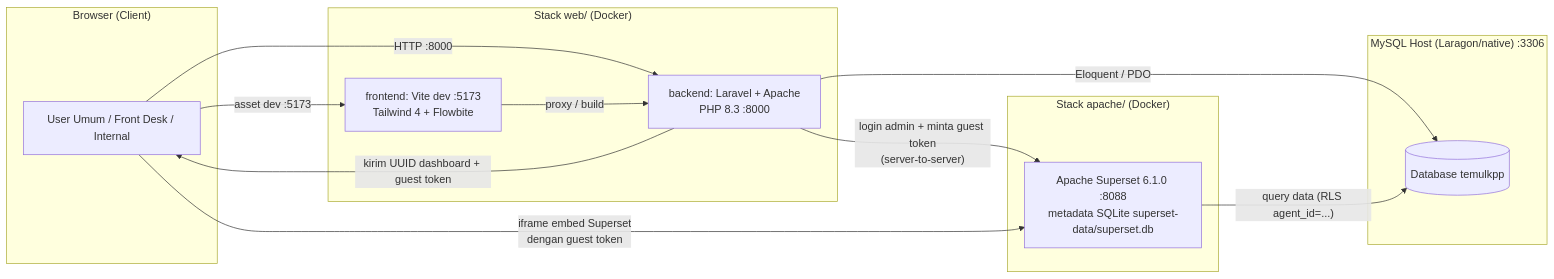
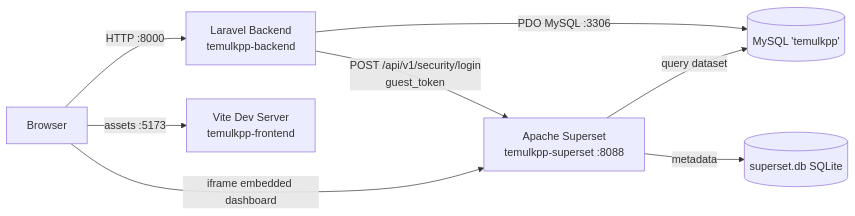
Before and after one commit to apiiuw/project-temulkpp: the first of 4 diagrams in DOKUMENTASI_SISTEM.md, drawn with Mermaid. The commit also changed other lines of this file and 3 other files, not shown here.

````diff
--- a/DOKUMENTASI_SISTEM.md
+++ b/DOKUMENTASI_SISTEM.md
@@ -62,28 +65,10 @@
 ```mermaid
 flowchart LR
-    subgraph Browser["Browser (Client)"]
-        U["User Umum / Front Desk / Internal"]
-    end
-
-    subgraph Web["Stack web/ (Docker)"]
-        V["frontend: Vite dev :5173<br/>Tailwind 4 + Flowbite"]
-        B["backend: Laravel + Apache<br/>PHP 8.3 :8000"]
-    end
-
-    subgraph DB["MySQL Host (Laragon/native) :3306"]
-        M[("Database temulkpp")]
-    end
-
-    subgraph BI["Stack apache/ (Docker)"]
-        S["Apache Superset 6.1.0 :8088<br/>metadata SQLite superset-data/superset.db"]
-    end
-
-    U -->|"HTTP :8000"| B
-    U -->|"asset dev :5173"| V
-    V -->|"proxy / build"| B
-    B -->|"Eloquent / PDO"| M
-    B -->|"login admin + minta guest token<br/>(server-to-server)"| S
-    B -->|"kirim UUID dashboard + guest token"| U
-    U -->|"iframe embed Superset<br/>dengan guest token"| S
-    S -->|"query data (RLS agent_id=...)"| M
+    B[Browser] -->|HTTP :8000| APP[Laravel Backend<br/>temulkpp-backend]
+    B -->|assets :5173| VITE[Vite Dev Server<br/>temulkpp-frontend]
+    APP -->|PDO MySQL :3306| MYSQL[(MySQL 'temulkpp')]
+    APP -->|POST /api/v1/security/login<br/>guest_token| SUPERSET[Apache Superset<br/>temulkpp-superset :8088]
+    B -->|iframe embedded dashboard| SUPERSET
+    SUPERSET -->|query dataset| MYSQL
+    SUPERSET -->|metadata| SQLITE[(superset.db SQLite)]
 ```
````
